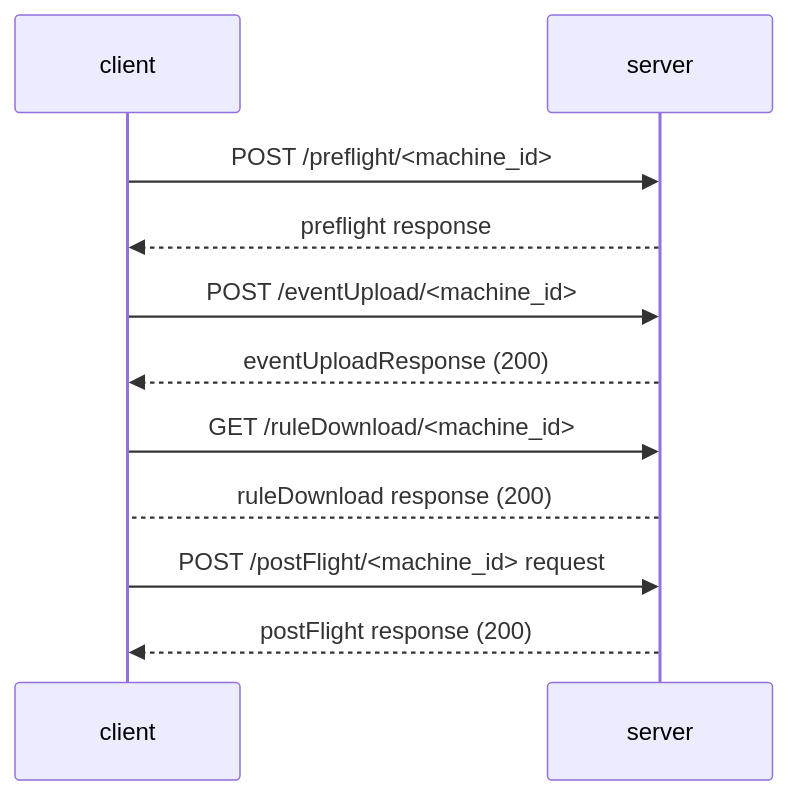
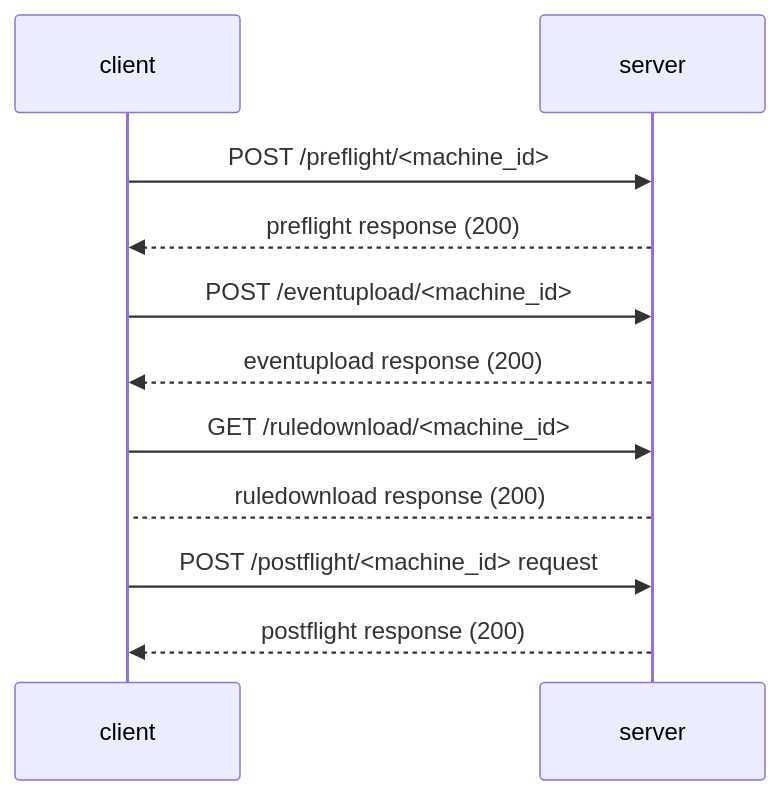
The first of 4 diagrams in docs/development/sync-protocol.md (pmarkowsky/santa), drawn with Mermaid before and after one commit. The commit also changed other lines of this file, not shown here.

````diff
--- a/docs/development/sync-protocol.md
+++ b/docs/development/sync-protocol.md
@@ -47,11 +48,11 @@
 ```mermaid
 sequenceDiagram
    client ->> server: POST /preflight/<machine_id>
-   server -->> client: preflight response
-   client ->> server: POST /eventUpload/<machine_id>
-   server -->> client: eventUploadResponse (200)
-   client ->> server: GET /ruleDownload/<machine_id>
-   server --> client: ruleDownload response (200)
-   client ->> server: POST /postFlight/<machine_id> request
-   server -->> client: postFlight response (200)
+   server -->> client: preflight response (200)
+   client ->> server: POST /eventupload/<machine_id>
+   server -->> client: eventupload response (200)
+   client ->> server: GET /ruledownload/<machine_id>
+   server --> client: ruledownload response (200)
+   client ->> server: POST /postflight/<machine_id> request
+   server -->> client: postflight response (200)
 ```
````
